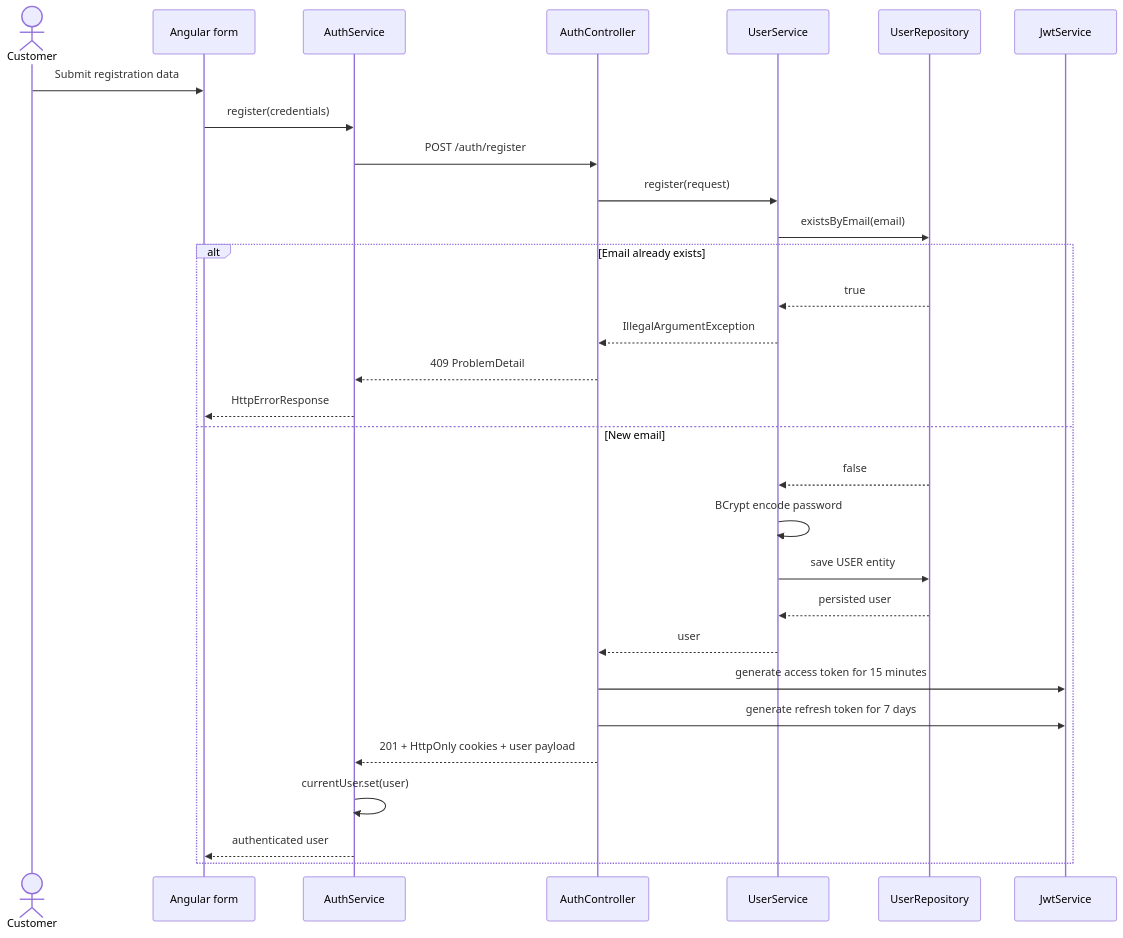
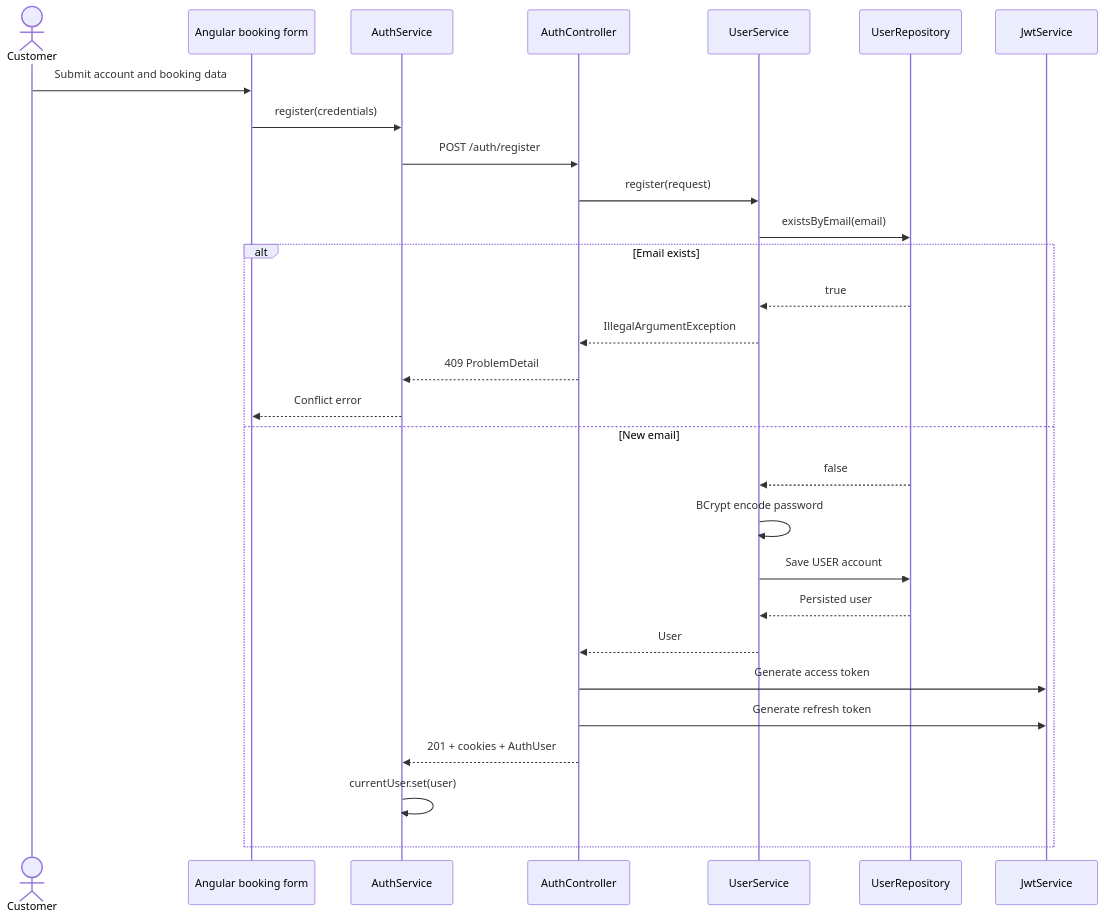
Before and after one commit to yassineao/poetsanders: the seventh of 17 diagrams in README.md, drawn with Mermaid. The commit also changed other lines of this file, not shown here.

````diff
--- a/README.md
+++ b/README.md
@@ -400,34 +550,33 @@
 ```mermaid
 sequenceDiagram
     actor Customer
-    participant Angular as Angular form
-    participant AuthService
-    participant AuthController
-    participant UserService
-    participant Users as UserRepository
+    participant Form as Angular booking form
+    participant Auth as AuthService
+    participant Controller as AuthController
+    participant Users as UserService
+    participant DB as UserRepository
     participant JWT as JwtService
 
-    Customer->>Angular: Submit registration data
-    Angular->>AuthService: register(credentials)
-    AuthService->>AuthController: POST /auth/register
-    AuthController->>UserService: register(request)
-    UserService->>Users: existsByEmail(email)
+    Customer->>Form: Submit account and booking data
+    Form->>Auth: register(credentials)
+    Auth->>Controller: POST /auth/register
+    Controller->>Users: register(request)
+    Users->>DB: existsByEmail(email)
 
-    alt Email already exists
-        Users-->>UserService: true
-        UserService-->>AuthController: IllegalArgumentException
-        AuthController-->>AuthService: 409 ProblemDetail
-        AuthService-->>Angular: HttpErrorResponse
+    alt Email exists
+        DB-->>Users: true
+        Users-->>Controller: IllegalArgumentException
+        Controller-->>Auth: 409 ProblemDetail
+        Auth-->>Form: Conflict error
     else New email
-        Users-->>UserService: false
-        UserService->>UserService: BCrypt encode password
-        UserService->>Users: save USER entity
-        Users-->>UserService: persisted user
-        UserService-->>AuthController: user
-        AuthController->>JWT: generate access token for 15 minutes
-        AuthController->>JWT: generate refresh token for 7 days
-        AuthController-->>AuthService: 201 + HttpOnly cookies + user payload
-        AuthService->>AuthService: currentUser.set(user)
-        AuthService-->>Angular: authenticated user
+        DB-->>Users: false
+        Users->>Users: BCrypt encode password
+        Users->>DB: Save USER account
+        DB-->>Users: Persisted user
+        Users-->>Controller: User
+        Controller->>JWT: Generate access token
+        Controller->>JWT: Generate refresh token
+        Controller-->>Auth: 201 + cookies + AuthUser
+        Auth->>Auth: currentUser.set(user)
     end
 ```
````
